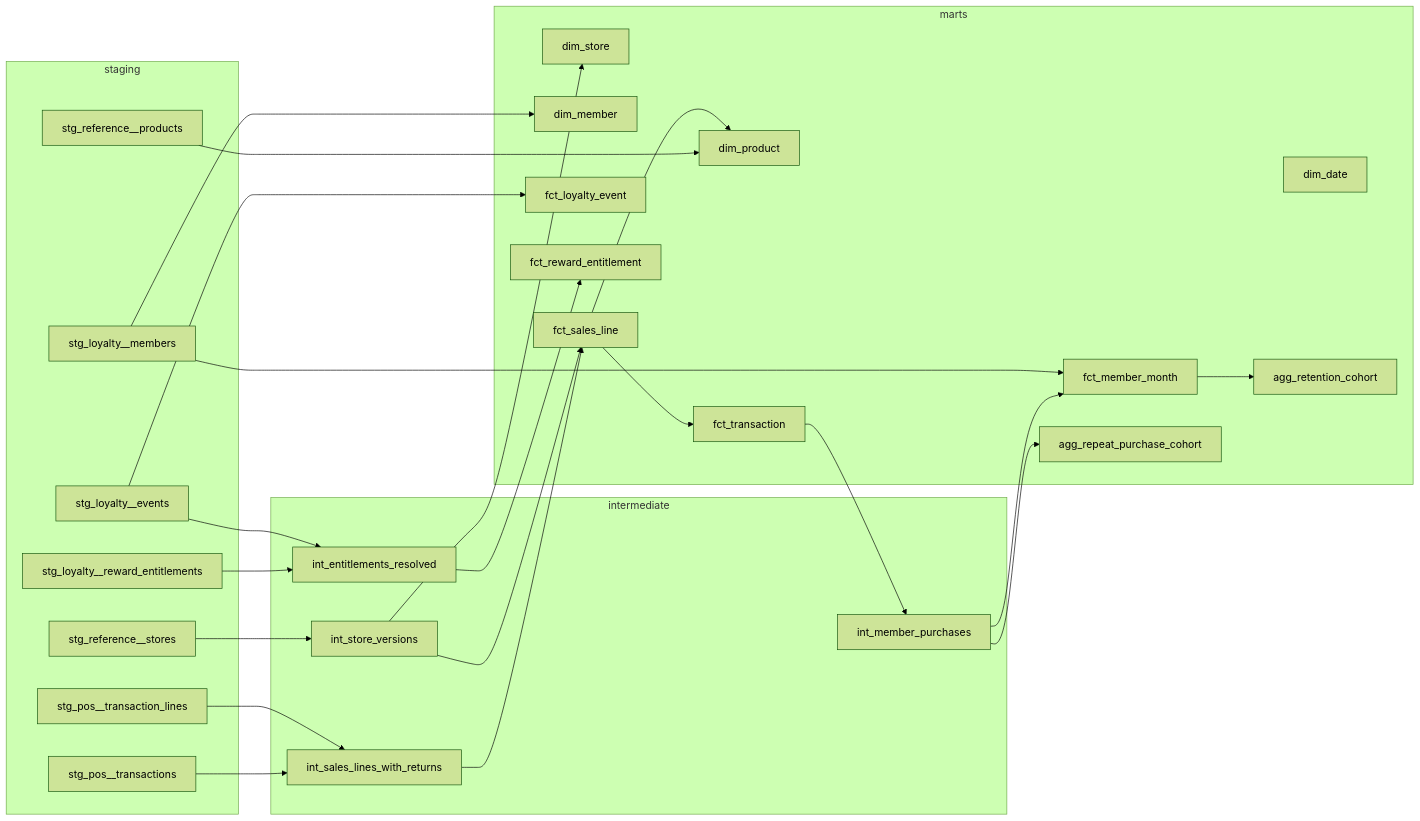
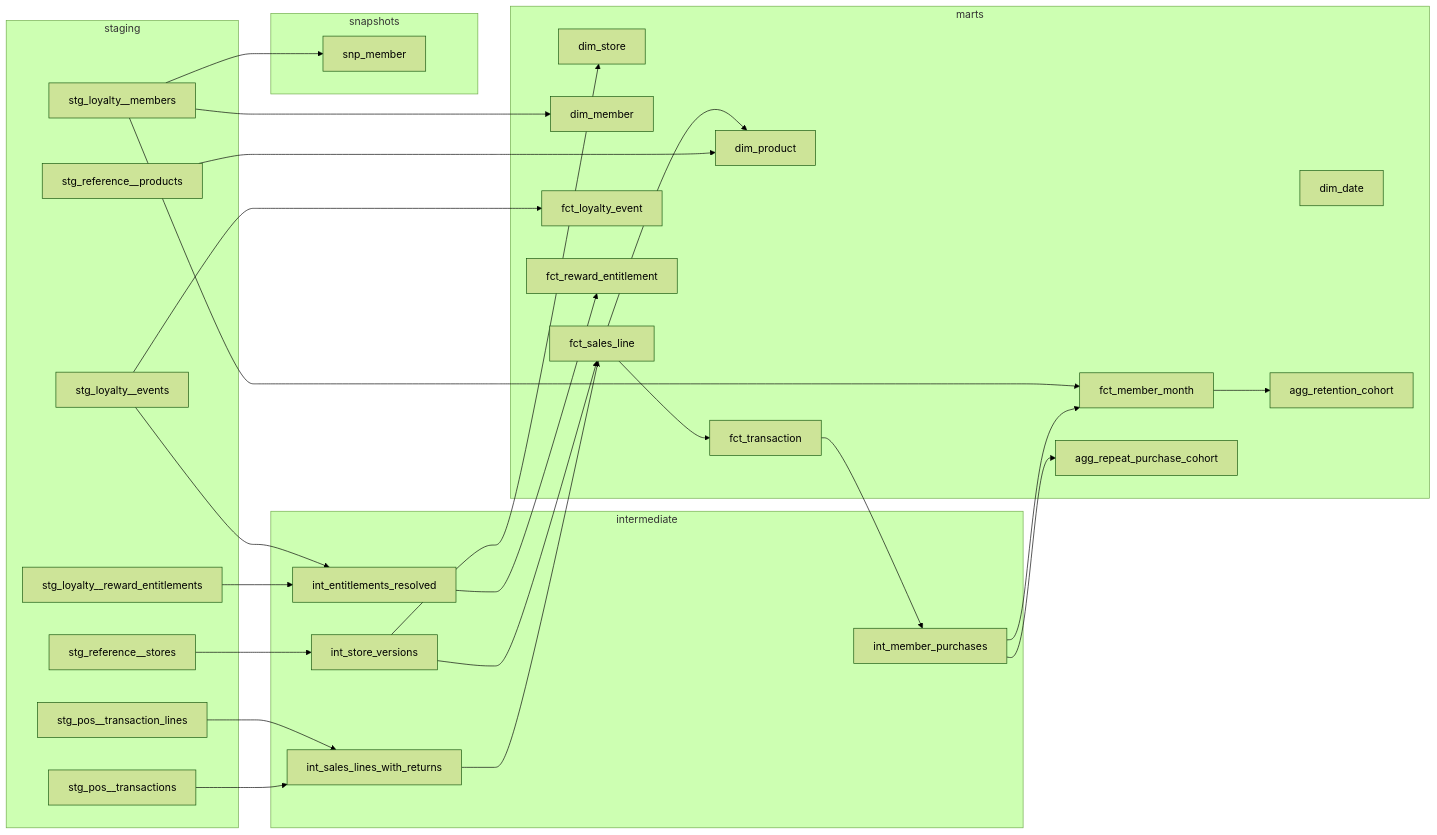
One commit to mhanssari/Data-AI-Engineering-Portfolio changed the diagram in cases/02-retail-loyalty-analytics/docs/data-model.md. Above: the diagram before and after it, drawn with Mermaid (forest theme). The commit also changed other lines of this file and 6 other files, not shown here.

````diff
--- a/cases/02-retail-loyalty-analytics/docs/data-model.md
+++ b/cases/02-retail-loyalty-analytics/docs/data-model.md
@@ -51,41 +51,45 @@
 ```mermaid
 flowchart LR
   subgraph staging
     S1[stg_reference__stores]
     S2[stg_reference__products]
     S3[stg_loyalty__members]
     S4[stg_pos__transactions]
     S5[stg_pos__transaction_lines]
     S6[stg_loyalty__events]
     S7[stg_loyalty__reward_entitlements]
   end
   subgraph intermediate
     I1[int_store_versions]
     I2[int_sales_lines_with_returns]
     I3[int_member_purchases]
     I4[int_entitlements_resolved]
+  end
+  subgraph snapshots
+    P1[snp_member]
   end
   subgraph marts
     D1[dim_date]
     D2[dim_store]
     D3[dim_product]
     D4[dim_member]
     F1[fct_sales_line]
     F2[fct_transaction]
     F3[fct_loyalty_event]
     F4[fct_reward_entitlement]
     F5[fct_member_month]
     A1[agg_repeat_purchase_cohort]
     A2[agg_retention_cohort]
   end
   S1 --> I1 --> D2
   S2 --> D3
   S4 & S5 --> I2 --> F1 --> F2
   I1 --> F1
   F1 --> D3
   S3 --> D4
+  S3 --> P1
   F2 --> I3 --> F5 & A1
   S3 --> F5 --> A2
   S6 --> F3
   S7 & S6 --> I4 --> F4
 ```
````
